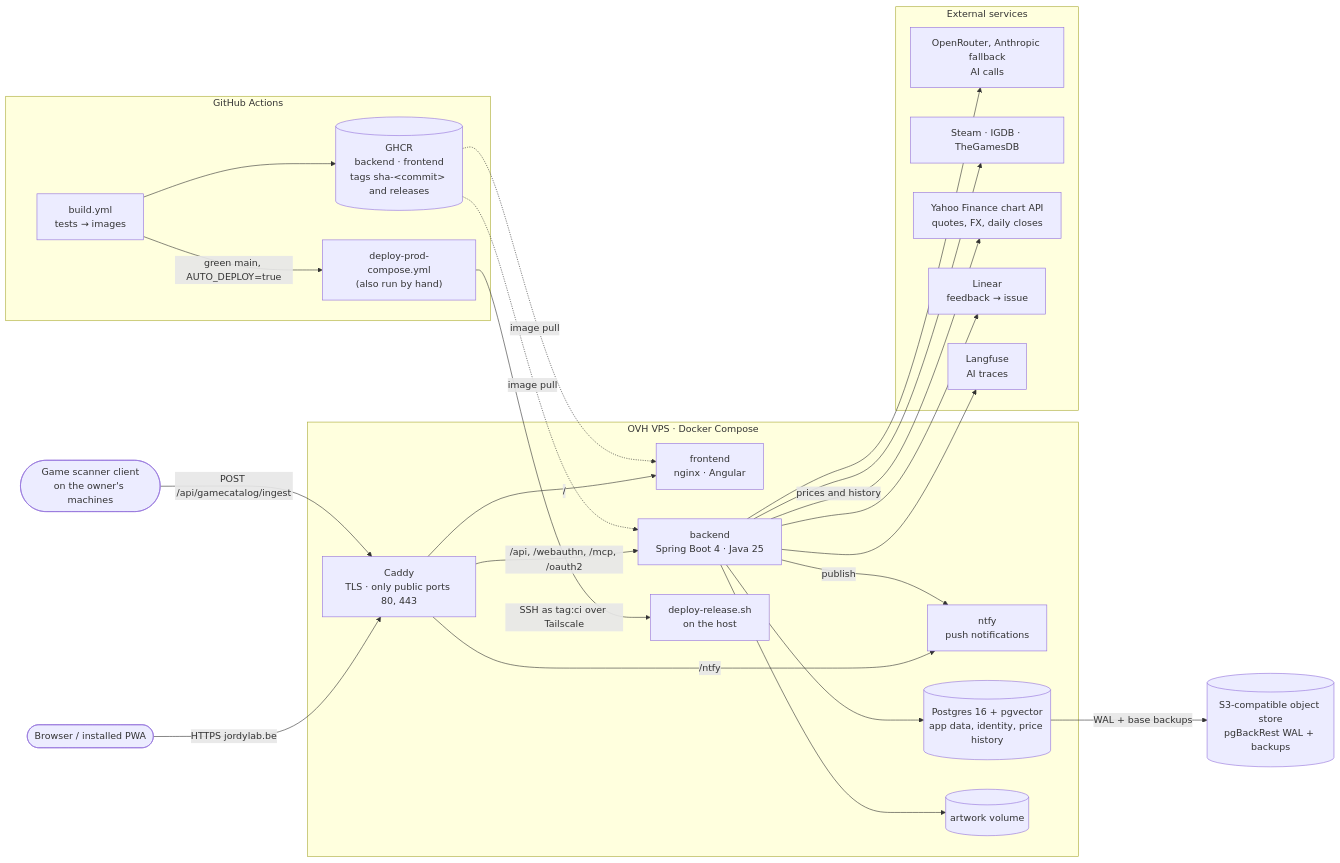
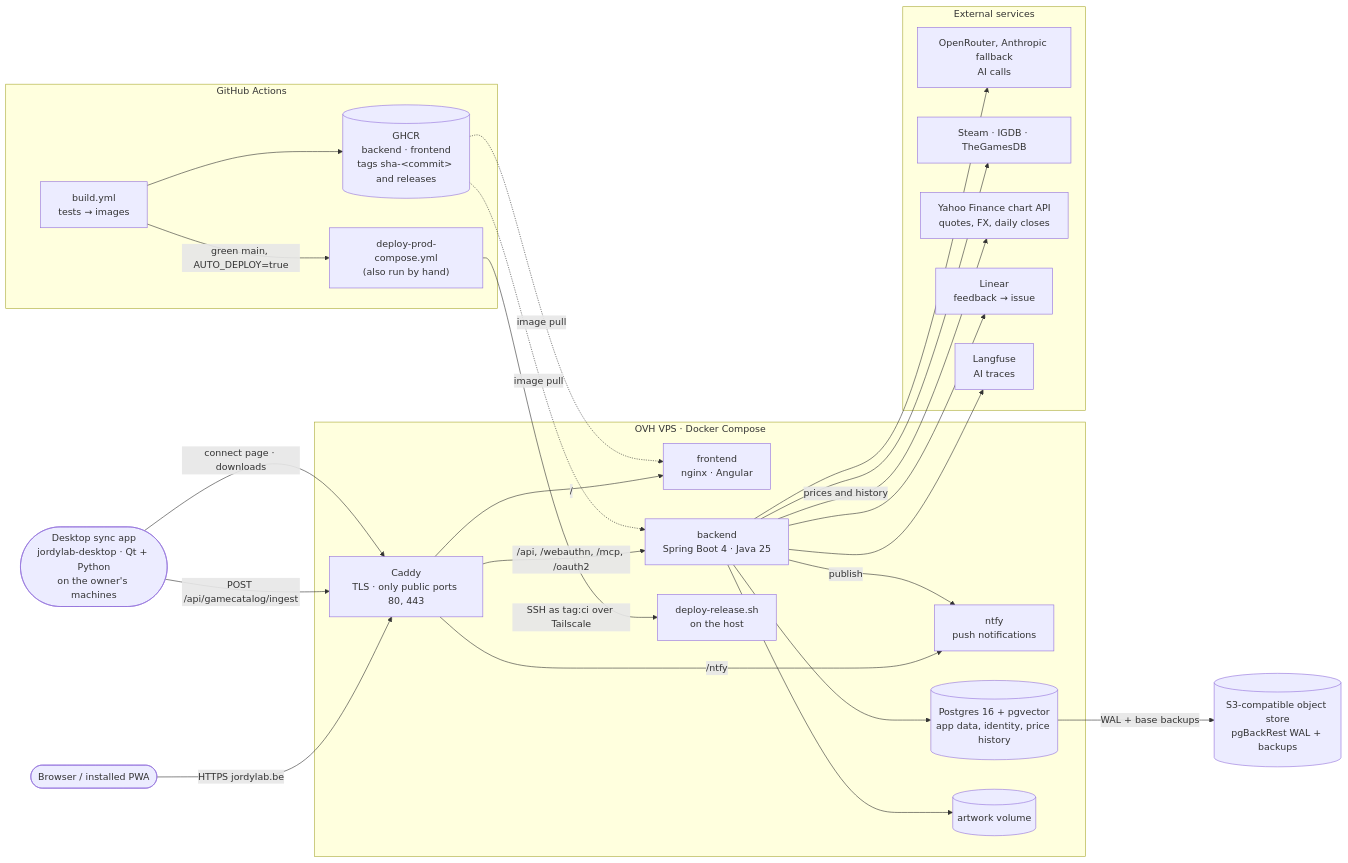
The diagram in README.md (jordy-swinnen/JordyLab), drawn with Mermaid before and after one commit. The commit also changed 34 other files, not shown here.

First line of the commit message:
JOR-78: implementing the desktop sync app across the three surfaces

````diff
--- a/README.md
+++ b/README.md
@@ -24,48 +24,49 @@
 ```mermaid
 flowchart LR
     user(["Browser / installed PWA"])
-    scanner(["Game scanner client<br/>on the owner's machines"])
+    desktop(["Desktop sync app<br/>jordylab-desktop · Qt + Python<br/>on the owner's machines"])
 
     subgraph gh["GitHub Actions"]
         build["build.yml<br/>tests → images"] --> ghcr[("GHCR<br/>backend · frontend<br/>tags sha-&lt;commit&gt; and releases")]
         build -- "green main, AUTO_DEPLOY=true" --> deploy["deploy-prod-compose.yml<br/>(also run by hand)"]
     end
 
     subgraph vps["OVH VPS · Docker Compose"]
         caddy["Caddy<br/>TLS · only public ports 80, 443"]
         fe["frontend<br/>nginx · Angular"]
         be["backend<br/>Spring Boot 4 · Java 25"]
         ntfy["ntfy<br/>push notifications"]
         pg[("Postgres 16 + pgvector<br/>app data, identity, price history")]
         art[("artwork volume")]
         host["deploy-release.sh<br/>on the host"]
     end
 
     s3[("S3-compatible object store<br/>pgBackRest WAL + backups")]
 
     subgraph ext["External services"]
         ai["OpenRouter, Anthropic fallback<br/>AI calls"]
         games["Steam · IGDB · TheGamesDB"]
         yahoo["Yahoo Finance chart API<br/>quotes, FX, daily closes"]
         linear["Linear<br/>feedback → issue"]
         lf["Langfuse<br/>AI traces"]
     end
 
     user -- "HTTPS jordylab.be" --> caddy
-    scanner -- "POST /api/gamecatalog/ingest" --> caddy
+    desktop -- "POST /api/gamecatalog/ingest" --> caddy
+    desktop -- "connect page · downloads" --> caddy
     caddy -- "/" --> fe
     caddy -- "/api, /webauthn, /mcp, /oauth2" --> be
     caddy -- "/ntfy" --> ntfy
     be --> pg
     be --> art
     be -- "publish" --> ntfy
     be --> ai
     be --> games
     be -- "prices and history" --> yahoo
     be --> linear
     be --> lf
     pg -- "WAL + base backups" --> s3
     deploy -- "SSH as tag:ci over Tailscale" --> host
     ghcr -. "image pull" .-> fe
     ghcr -. "image pull" .-> be
 ```
````
